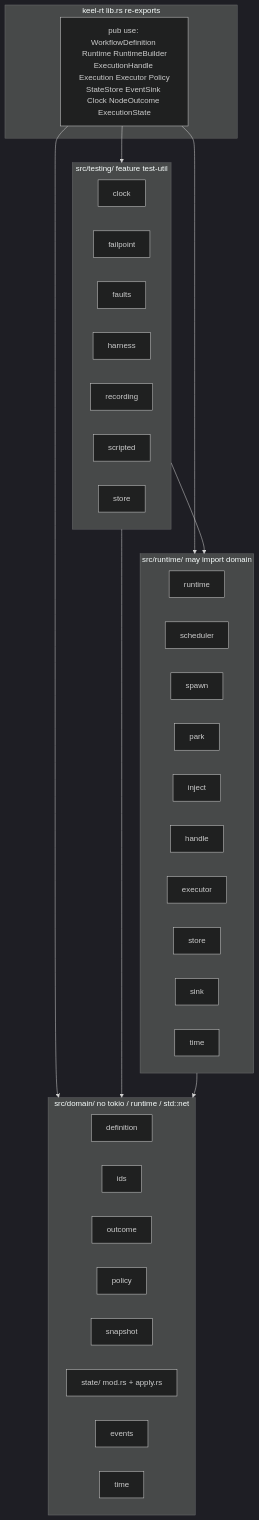
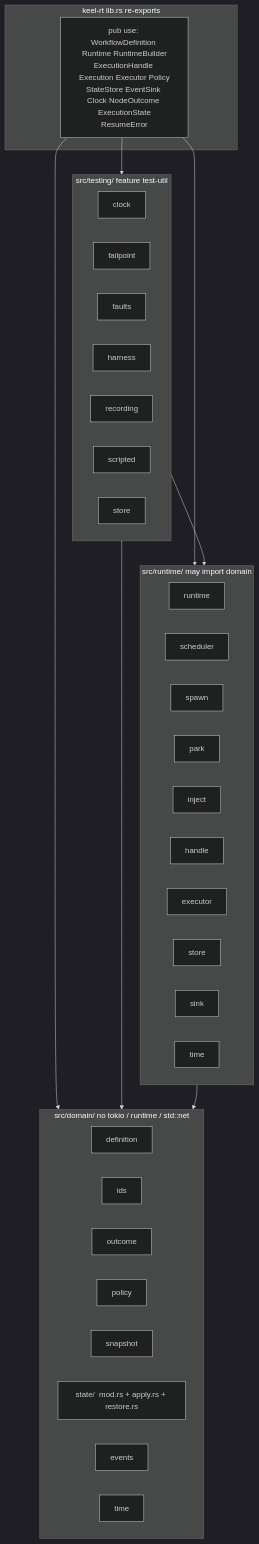
The first of 2 diagrams in docs/ARCHITECTURE.md (nessalabs/keel-rt), drawn with Mermaid (dark theme) before and after one commit. The commit also changed other lines of this file and 4 other files, not shown here.

First line of the commit message:
docs: ADR 0004 and resume architecture

````diff
--- a/docs/ARCHITECTURE.md
+++ b/docs/ARCHITECTURE.md
@@ -49,47 +49,47 @@
 ```mermaid
 flowchart TB
   subgraph crate["keel-rt  lib.rs re-exports"]
-    ROOT["pub use: WorkflowDefinition Runtime RuntimeBuilder<br/>ExecutionHandle Execution Executor Policy<br/>StateStore EventSink Clock NodeOutcome ExecutionState"]
+    ROOT["pub use: WorkflowDefinition Runtime RuntimeBuilder<br/>ExecutionHandle Execution Executor Policy<br/>StateStore EventSink Clock NodeOutcome ExecutionState<br/>ResumeError"]
   end
 
   subgraph testing["src/testing/  feature test-util"]
     Tclock[clock]
     Tfail[failpoint]
     Tfaults[faults]
     Tharness[harness]
     Trec[recording]
     Tscript[scripted]
     Tstore[store]
   end
 
   subgraph runtime["src/runtime/  may import domain"]
     Rrt[runtime]
     Rsched[scheduler]
     Rspawn[spawn]
     Rpark[park]
     Rinj[inject]
     Rhandle[handle]
     Rexec[executor]
     Rstore[store]
     Rsink[sink]
     Rtime[time]
   end
 
   subgraph domain["src/domain/  no tokio / runtime / std::net"]
     Ddef[definition]
     Dids[ids]
     Dout[outcome]
     Dpol[policy]
     Dsnap[snapshot]
-    Dstate["state/  mod.rs + apply.rs"]
+    Dstate["state/  mod.rs + apply.rs + restore.rs"]
     Dev[events]
     Dtime[time]
   end
 
   ROOT --> testing
   ROOT --> runtime
   ROOT --> domain
   testing --> runtime
   testing --> domain
   runtime --> domain
 ```
````
